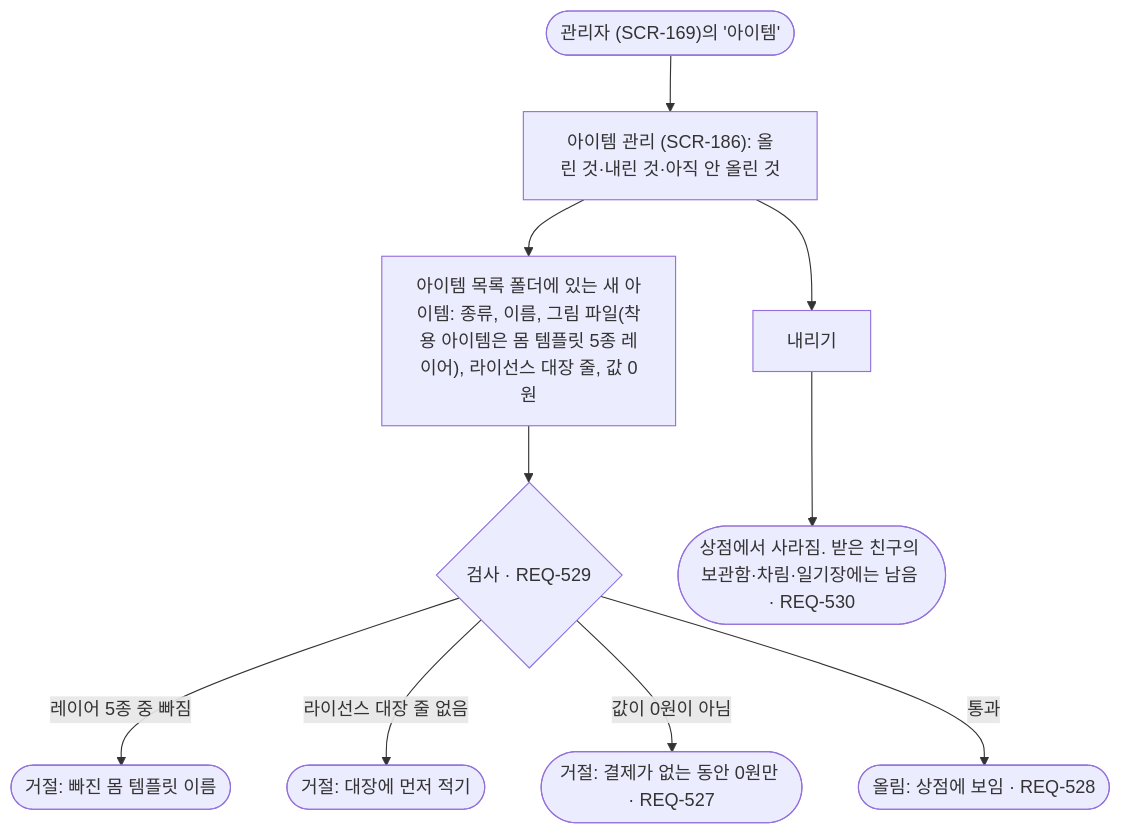
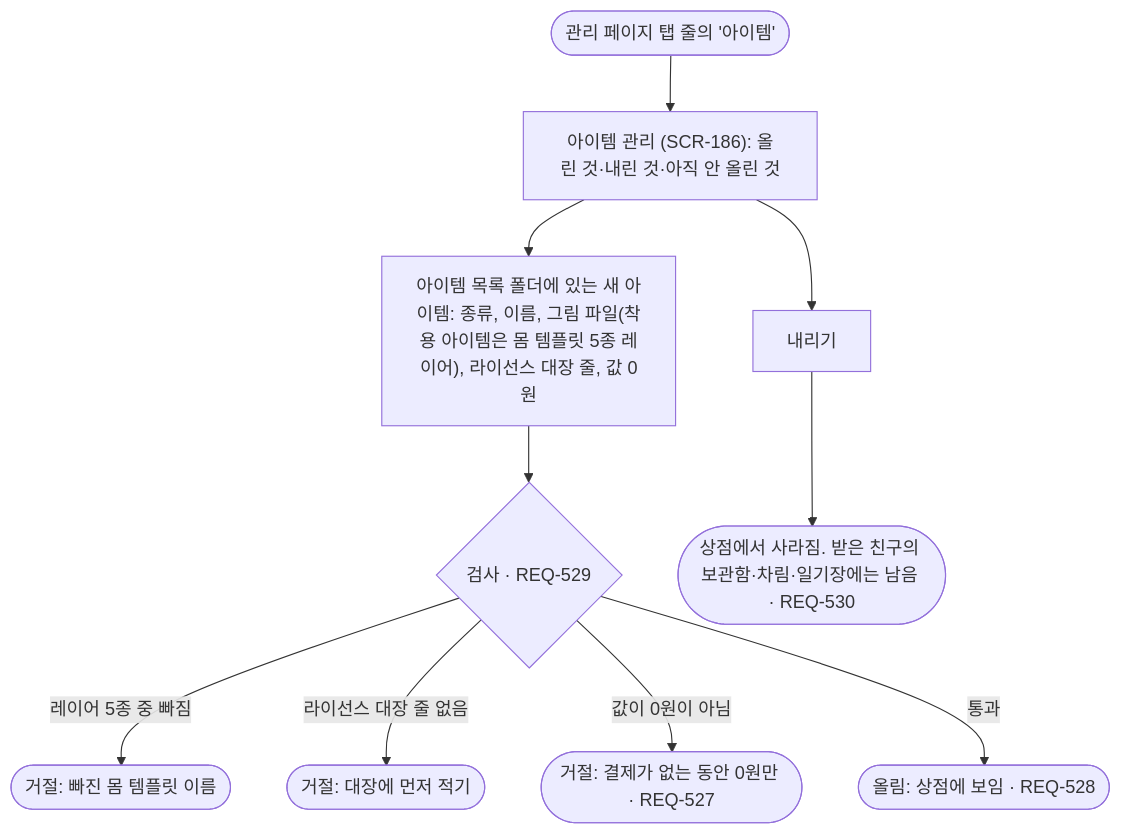
Before and after one commit to kodonghui/marong2: the diagram in docs/03-user-flow/FL-192-admin-items.md, drawn with Mermaid. The commit also changed other lines of this file and 29 other files, not shown here.

````diff
--- a/docs/03-user-flow/FL-192-admin-items.md
+++ b/docs/03-user-flow/FL-192-admin-items.md
@@ -7,12 +7,12 @@
 ```mermaid
 flowchart TD
-  A(["관리자 (SCR-169)의 '아이템'"]) --> B["아이템 관리 (SCR-186): 올린 것·내린 것·아직 안 올린 것"]
+  A(["관리 페이지 탭 줄의 '아이템'"]) --> B["아이템 관리 (SCR-186): 올린 것·내린 것·아직 안 올린 것"]
   B --> C["아이템 목록 폴더에 있는 새 아이템: 종류, 이름, 그림 파일(착용 아이템은 몸 템플릿 5종 레이어), 라이선스 대장 줄, 값 0원"]
   C --> D{"검사 · REQ-529"}
   D -->|"레이어 5종 중 빠짐"| D1(["거절: 빠진 몸 템플릿 이름"])
   D -->|"라이선스 대장 줄 없음"| D2(["거절: 대장에 먼저 적기"])
   D -->|"값이 0원이 아님"| D3(["거절: 결제가 없는 동안 0원만 · REQ-527"])
   D -->|"통과"| E(["올림: 상점에 보임 · REQ-528"])
   B --> F["내리기"]
   F --> G(["상점에서 사라짐. 받은 친구의 보관함·차림·일기장에는 남음 · REQ-530"])
 ```
````
